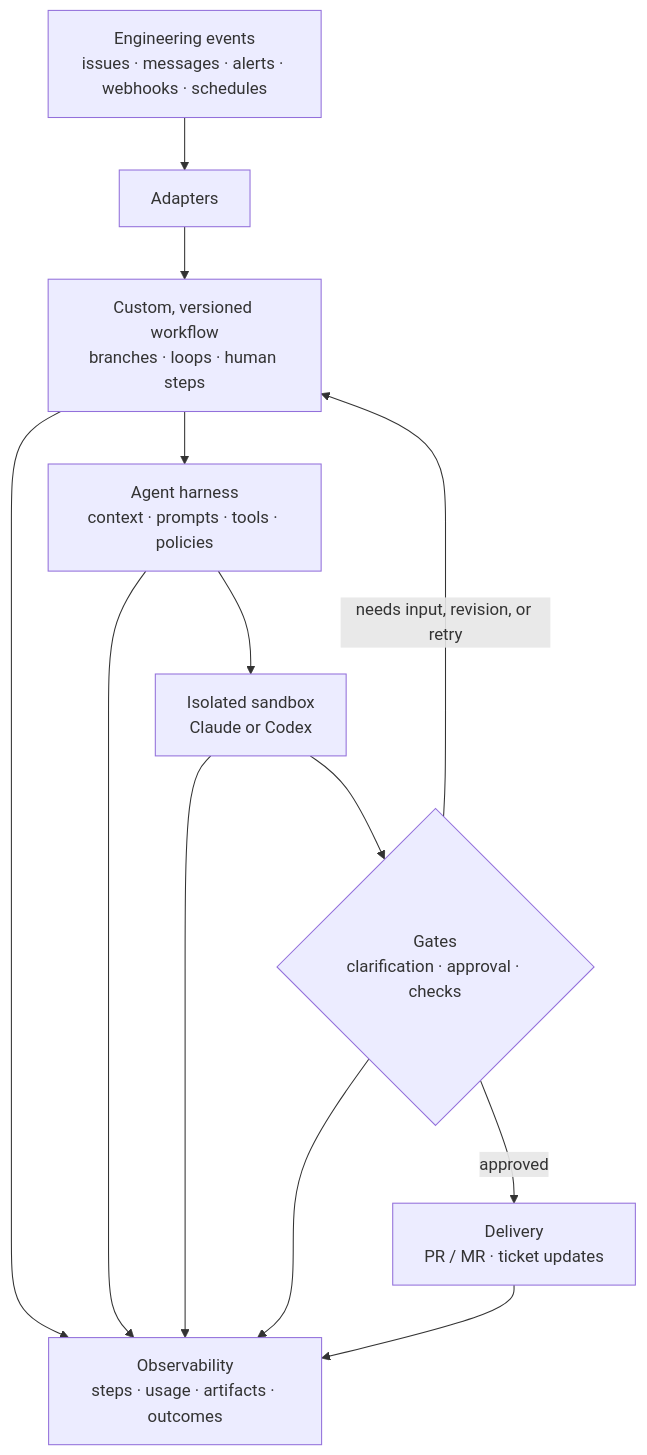
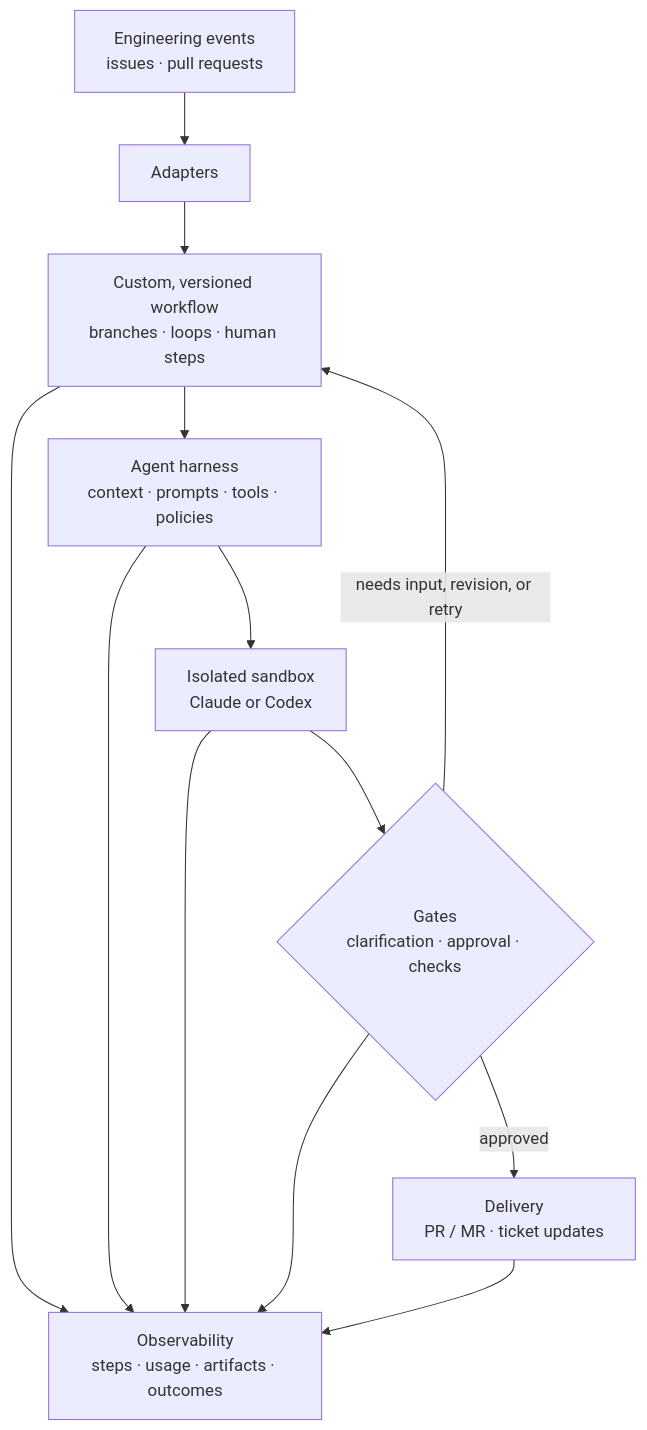
One commit to Blazity/ai-workflow changed the diagram in README.md. Above: the diagram before and after it, drawn with Mermaid. The commit also changed other lines of this file and 3 other files, not shown here.

````diff
--- a/README.md
+++ b/README.md
@@ -30,15 +30,15 @@
 ```mermaid
 flowchart TD
-    A["Engineering events<br/>issues · messages · alerts · webhooks · schedules"] --> B["Adapters"]
+    A["Engineering events<br/>issues · pull requests"] --> B["Adapters"]
     B --> C["Custom, versioned workflow<br/>branches · loops · human steps"]
     C --> D["Agent harness<br/>context · prompts · tools · policies"]
     D --> E["Isolated sandbox<br/>Claude or Codex"]
     E --> F{"Gates<br/>clarification · approval · checks"}
     F -->|"needs input, revision, or retry"| C
     F -->|"approved"| G["Delivery<br/>PR / MR · ticket updates"]
     C --> H["Observability<br/>steps · usage · artifacts · outcomes"]
     D --> H
     E --> H
     F --> H
     G --> H
 ```
````
